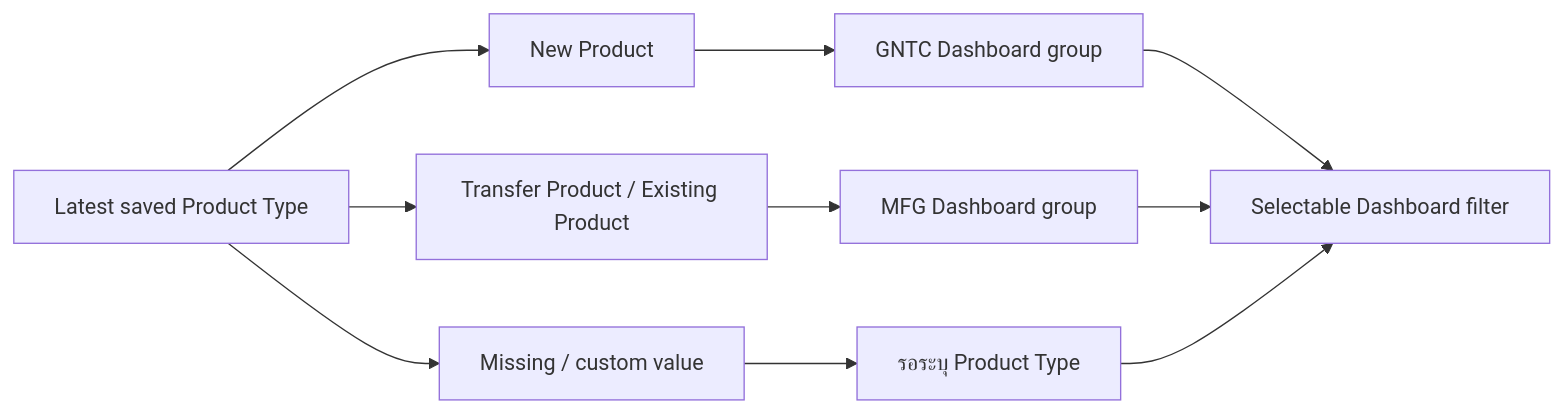
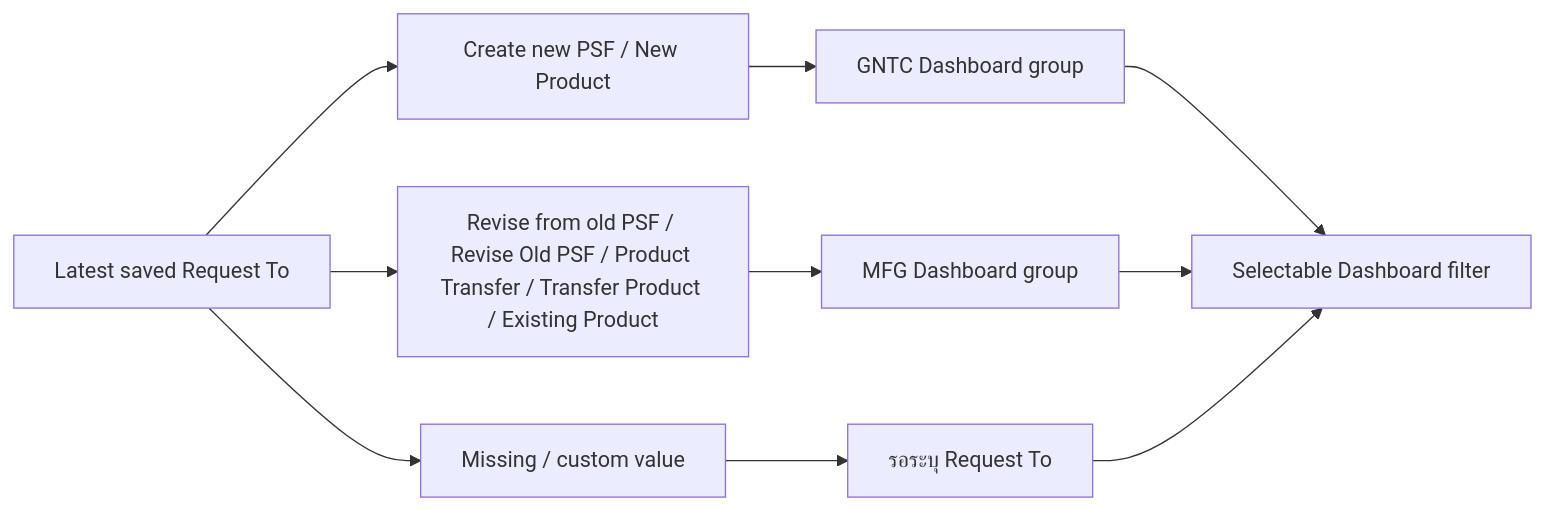
The fifth of 7 diagrams in docs/diagrams.md (Kasidet4531/Web-Request-setup-file), drawn with Mermaid before and after one commit. The commit also changed other lines of this file and 24 other files, not shown here.

````diff
--- a/docs/diagrams.md
+++ b/docs/diagrams.md
@@ -106,12 +106,12 @@
 ```mermaid
 flowchart LR
-  Product[Latest saved Product Type] --> New[New Product]
-  Product --> Transfer[Transfer Product / Existing Product]
+  Product[Latest saved Request To] --> New[Create new PSF / New Product]
+  Product --> Transfer[Revise from old PSF / Revise Old PSF / Product Transfer / Transfer Product / Existing Product]
   Product --> Other[Missing / custom value]
   New --> GNTC[GNTC Dashboard group]
   Transfer --> MFG[MFG Dashboard group]
-  Other --> Unknown[รอระบุ Product Type]
+  Other --> Unknown[รอระบุ Request To]
   GNTC --> Filter[Selectable Dashboard filter]
   MFG --> Filter
   Unknown --> Filter
 ```
````
